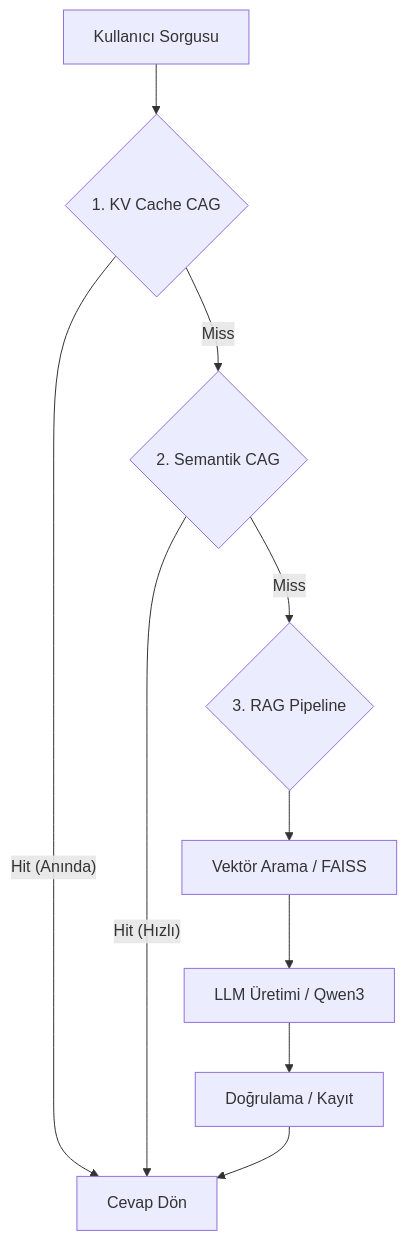
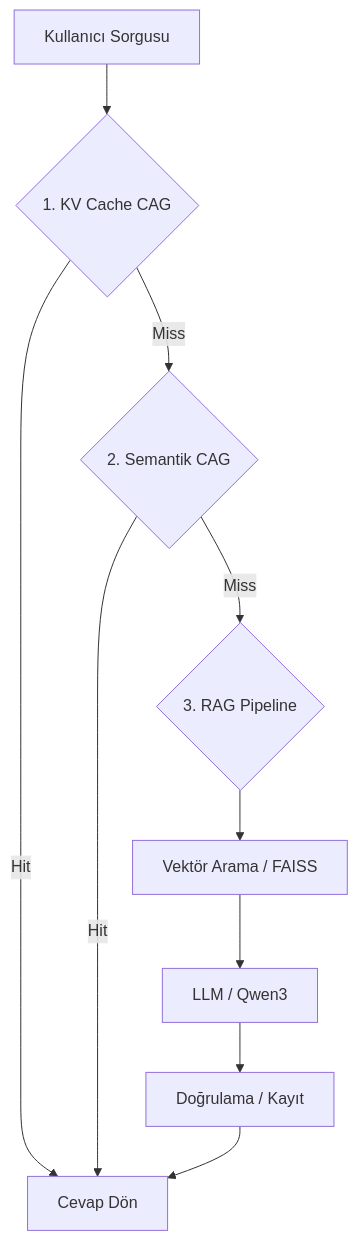
Before and after one commit to kaanydmr/SinapslabAi-RAG-2026: the diagram in README.md, drawn with Mermaid. The commit also changed other lines of this file, not shown here.

````diff
--- a/README.md
+++ b/README.md
@@ -9,12 +9,12 @@
 ```mermaid
 graph TD
     A[Kullanıcı Sorgusu] --> B{1. KV Cache CAG}
-    B -- Hit (Anında) --> C[Cevap Dön]
+    B -- Hit  --> C[Cevap Dön]
     B -- Miss --> D{2. Semantik CAG}
-    D -- Hit (Hızlı) --> C
+    D -- Hit  --> C
     D -- Miss --> E{3. RAG Pipeline}
     E --> F[Vektör Arama / FAISS]
-    F --> G[LLM Üretimi / Qwen3]
+    F --> G[LLM  / Qwen3]
     G --> H[Doğrulama / Kayıt]
     H --> C
 ```
````
